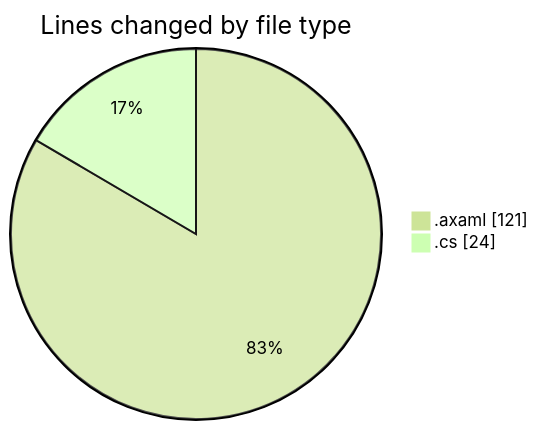
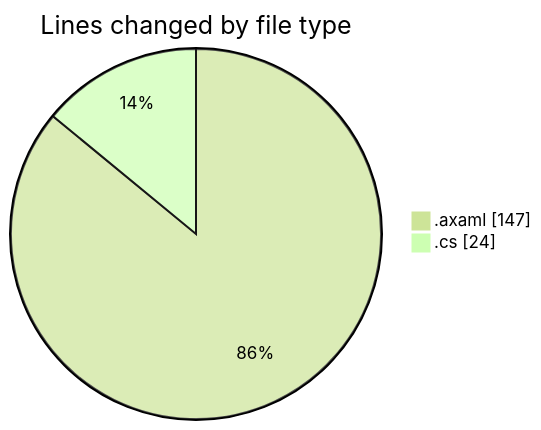
The first of 2 diagrams in 2025-10-25/skintrack/README.md (Netris89/code-tracking), drawn with Mermaid (forest theme) before and after one commit. The commit also changed other lines of this file and 1 other file, not shown here.

````diff
--- a/2025-10-25/skintrack/README.md
+++ b/2025-10-25/skintrack/README.md
@@ -21,6 +22,6 @@
 ```mermaid
 pie showData
 title Lines changed by file type
-".axaml" : 121
+".axaml" : 147
 ".cs" : 24
 ```
````
